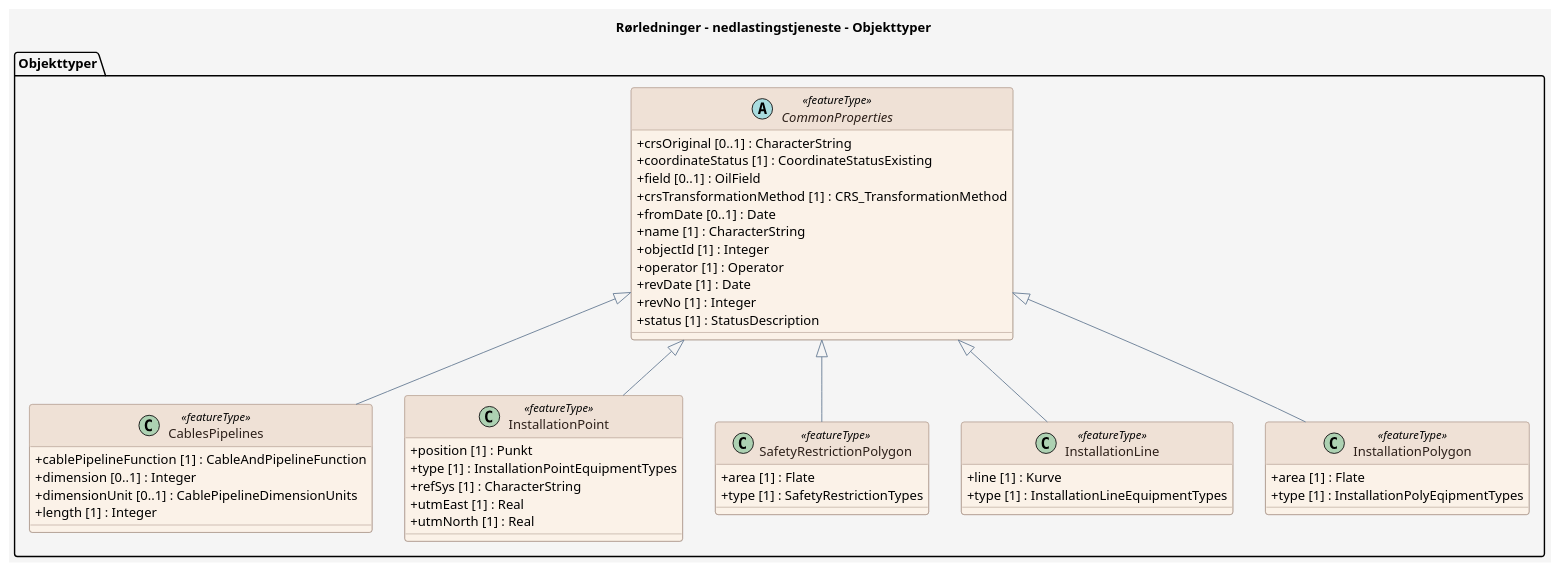
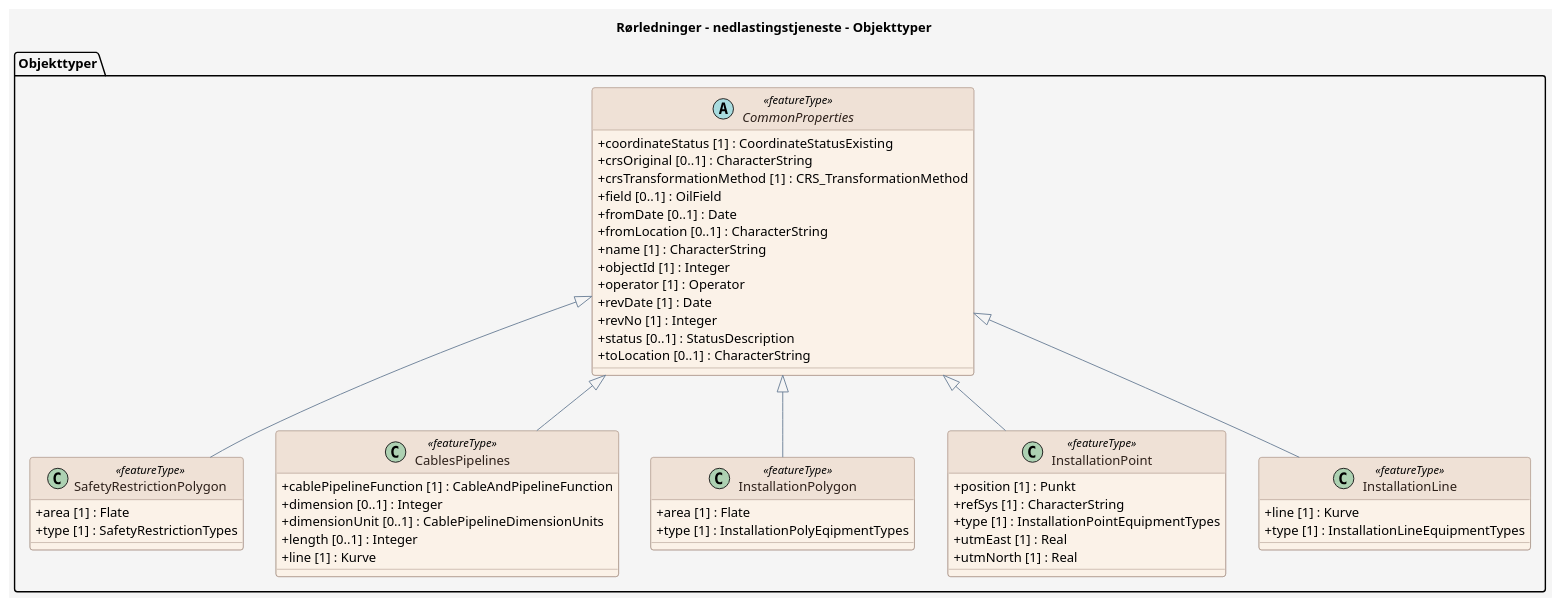
One commit to larsingea/produktspesifikasjon_mal changed the diagram in produktspesifikasjon/rrledninger-undersjiske/nedlastingstjeneste/nedlastingstjeneste_feature_catalogue.puml. Above: the diagram before and after it, drawn with PlantUML. The commit also changed 4 other files, not shown here.

```diff
--- a/produktspesifikasjon/rrledninger-undersjiske/nedlastingstjeneste/nedlastingstjeneste_feature_catalogue.puml
+++ b/produktspesifikasjon/rrledninger-undersjiske/nedlastingstjeneste/nedlastingstjeneste_feature_catalogue.puml
@@ -1,78 +1,81 @@
 @startuml
 title Rørledninger - nedlastingstjeneste - Objekttyper
 
 skinparam backgroundColor #F5F5F5
 skinparam shadowing false
 skinparam RoundCorner 6
 skinparam ArrowColor #6C8198
 skinparam class {
   BackgroundColor #FBF2E8
   BorderColor #9C8578
   FontColor #2D201A
   HeaderBackgroundColor #EFE1D6
   HeaderFontColor #2D201A
   AttributeIconSize 0
 }
 skinparam note {
   BackgroundColor #FFFFFF
   BorderColor #6C8198
   FontColor #2D201A
 }
 skinparam stereotypeCBackgroundColor #EAD9CE
 skinparam stereotypeCBorderColor #9C8578
 skinparam stereotypeCFontColor #2D201A
 
 package "Objekttyper" {
 
-  class CablesPipelines <<featureType>> {
-    + cablePipelineFunction [1] : CableAndPipelineFunction
-    + dimension [0..1] : Integer
-    + dimensionUnit [0..1] : CablePipelineDimensionUnits
-    + length [1] : Integer
-  }
-
-  class InstallationPoint <<featureType>> {
-    + position [1] : Punkt
-    + type [1] : InstallationPointEquipmentTypes
-    + refSys [1] : CharacterString
-    + utmEast [1] : Real
-    + utmNorth [1] : Real
-  }
-
   class SafetyRestrictionPolygon <<featureType>> {
     + area [1] : Flate
     + type [1] : SafetyRestrictionTypes
   }
 
-  class InstallationLine <<featureType>> {
+  class CablesPipelines <<featureType>> {
+    + cablePipelineFunction [1] : CableAndPipelineFunction
+    + dimension [0..1] : Integer
+    + dimensionUnit [0..1] : CablePipelineDimensionUnits
+    + length [0..1] : Integer
     + line [1] : Kurve
-    + type [1] : InstallationLineEquipmentTypes
   }
 
   class InstallationPolygon <<featureType>> {
     + area [1] : Flate
     + type [1] : InstallationPolyEqipmentTypes
   }
 
   abstract class CommonProperties <<featureType>> {
+    + coordinateStatus [1] : CoordinateStatusExisting
     + crsOriginal [0..1] : CharacterString
-    + coordinateStatus [1] : CoordinateStatusExisting
+    + crsTransformationMethod [1] : CRS_TransformationMethod
     + field [0..1] : OilField
-    + crsTransformationMethod [1] : CRS_TransformationMethod
     + fromDate [0..1] : Date
+    + fromLocation [0..1] : CharacterString
     + name [1] : CharacterString
     + objectId [1] : Integer
     + operator [1] : Operator
     + revDate [1] : Date
     + revNo [1] : Integer
-    + status [1] : StatusDescription
+    + status [0..1] : StatusDescription
+    + toLocation [0..1] : CharacterString
+  }
+
+  class InstallationPoint <<featureType>> {
+    + position [1] : Punkt
+    + refSys [1] : CharacterString
+    + type [1] : InstallationPointEquipmentTypes
+    + utmEast [1] : Real
+    + utmNorth [1] : Real
+  }
+
+  class InstallationLine <<featureType>> {
+    + line [1] : Kurve
+    + type [1] : InstallationLineEquipmentTypes
   }
 }
 
+  CommonProperties <|-- SafetyRestrictionPolygon
   CommonProperties <|-- CablesPipelines
+  CommonProperties <|-- InstallationPolygon
   CommonProperties <|-- InstallationPoint
-  CommonProperties <|-- SafetyRestrictionPolygon
   CommonProperties <|-- InstallationLine
-  CommonProperties <|-- InstallationPolygon
 
 @enduml
```
